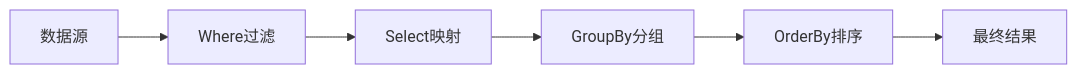
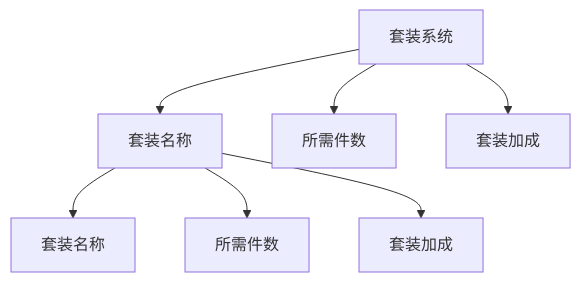
The sixth of 8 diagrams in Scripts/Assets/Documentation/InventorySystem.md (Whatfff/SimpleUnityInventorySystem), drawn with Mermaid before and after one commit. The commit also changed other lines of this file and 1 other file, not shown here.

````diff
--- a/Scripts/Assets/Documentation/InventorySystem.md
+++ b/Scripts/Assets/Documentation/InventorySystem.md
@@ -1108,8 +906,10 @@
 ```mermaid
-flowchart LR
-    A[数据源] --> B[Where过滤]
-    B --> C[Select映射]
-    C --> D[GroupBy分组]
-    D --> E[OrderBy排序]
-    E --> F[最终结果]
+graph TD
+    A[套装系统] --> B[套装名称]
+    A --> C[所需件数]
+    A --> D[套装加成]
+    
+    B --> B1[套装名称]
+    B --> B2[所需件数]
+    B --> B3[套装加成]
 ```
````
